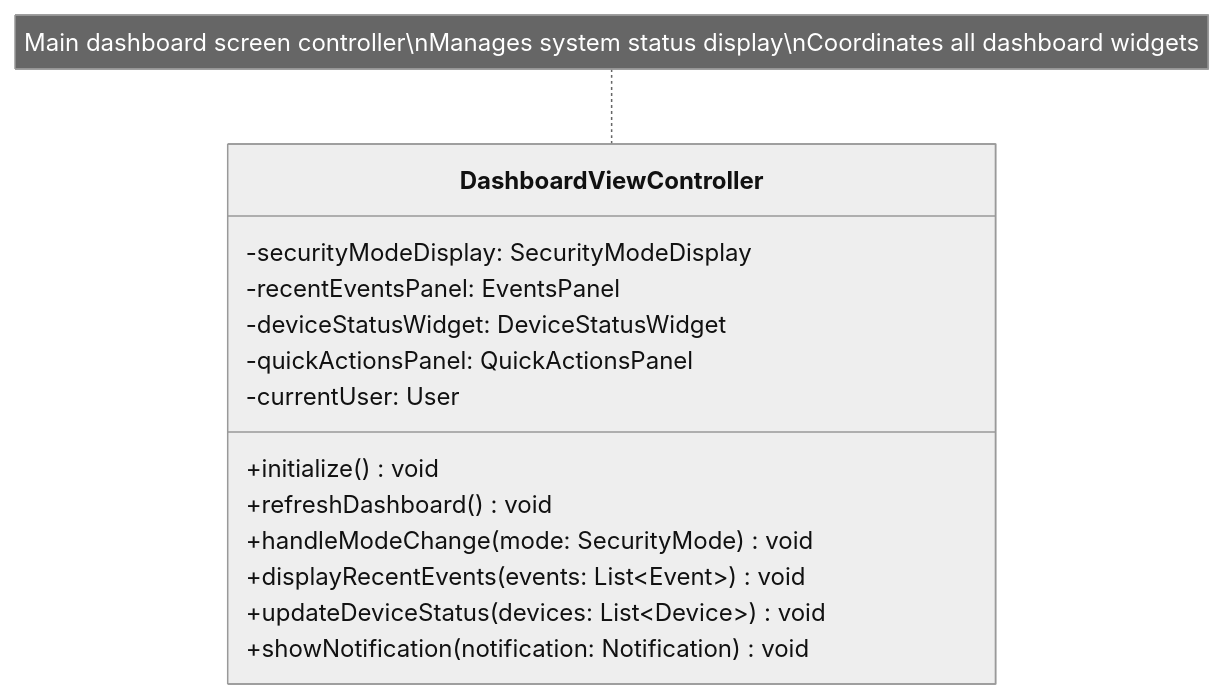
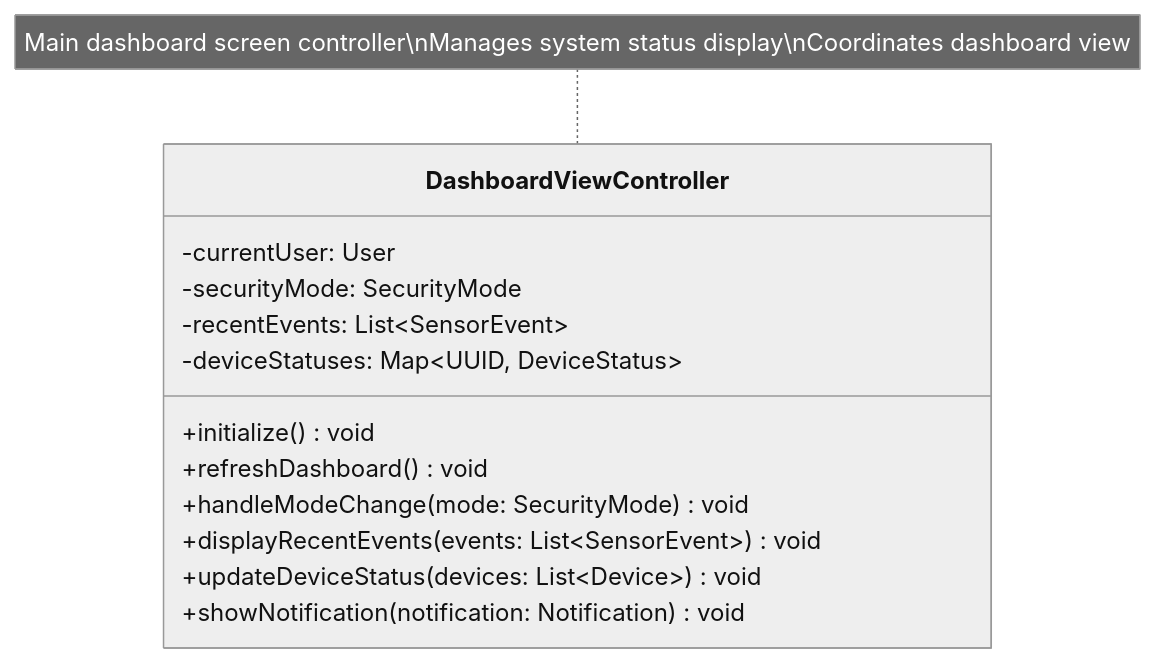
One commit to mj010101/swe_25f changed the second of 10 diagrams in diagrams/presentation_class_diagram.md. Above: the diagram before and after it, drawn with Mermaid (neutral theme). The commit also changed other lines of this file and 4 other files, not shown here.

````diff
--- a/diagrams/presentation_class_diagram.md
+++ b/diagrams/presentation_class_diagram.md
@@ -53,20 +52,19 @@
 ```mermaid
 classDiagram
     direction TB
 
     class DashboardViewController {
-        -securityModeDisplay: SecurityModeDisplay
-        -recentEventsPanel: EventsPanel
-        -deviceStatusWidget: DeviceStatusWidget
-        -quickActionsPanel: QuickActionsPanel
         -currentUser: User
+        -securityMode: SecurityMode
+        -recentEvents: List~SensorEvent~
+        -deviceStatuses: Map~UUID, DeviceStatus~
         +initialize() void
         +refreshDashboard() void
         +handleModeChange(mode: SecurityMode) void
-        +displayRecentEvents(events: List~Event~) void
+        +displayRecentEvents(events: List~SensorEvent~) void
         +updateDeviceStatus(devices: List~Device~) void
         +showNotification(notification: Notification) void
     }
 
-    note for DashboardViewController "Main dashboard screen controller\nManages system status display\nCoordinates all dashboard widgets"
+    note for DashboardViewController "Main dashboard screen controller\nManages system status display\nCoordinates dashboard view"
 ```
````
